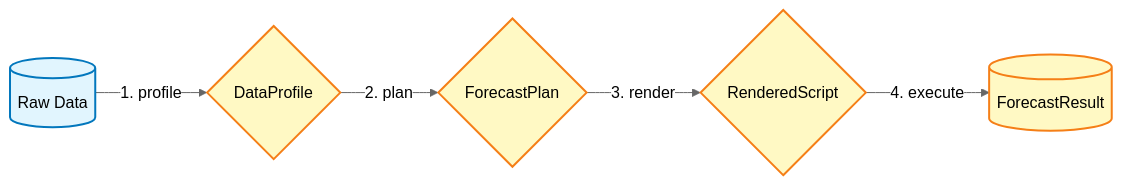
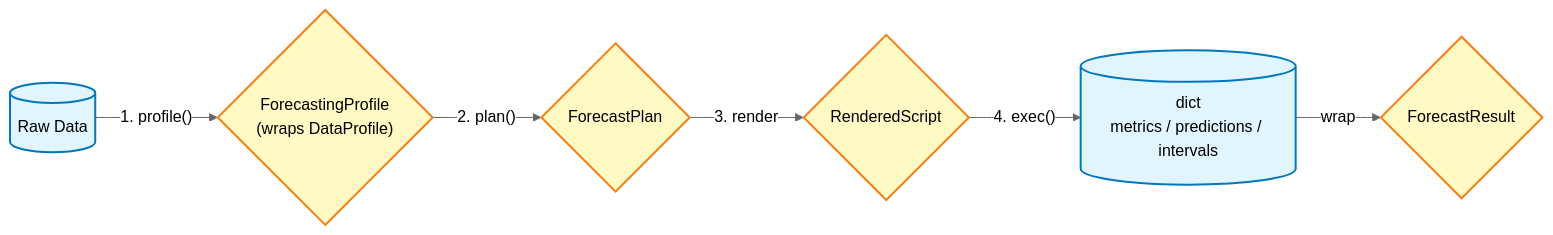
Before and after one commit to skforecast/skforecast-ai: the second of 8 diagrams in docs/user_guides/architecture-and-logic.md, drawn with Mermaid (neutral theme). The commit also changed other lines of this file, not shown here.

````diff
--- a/docs/user_guides/architecture-and-logic.md
+++ b/docs/user_guides/architecture-and-logic.md
@@ -59,11 +66,12 @@
 ```mermaid
 flowchart LR
     %% Styling
     classDef schema fill:#fff9c4,stroke:#f57f17,stroke-width:2px,color:#000
     classDef data fill:#e1f5fe,stroke:#0277bd,stroke-width:2px,color:#000
 
-    A[(Raw Data)]:::data -->|1. profile| B{DataProfile}:::schema
-    B -->|2. plan| C{ForecastPlan}:::schema
-    C -->|3. render| D{RenderedScript}:::schema
-    D -->|4. execute| E[(ForecastResult)]:::schema
+    A[(Raw Data)]:::data -->|"1. profile()"| B{"ForecastingProfile<br/>(wraps DataProfile)"}:::schema
+    B -->|"2. plan()"| C{ForecastPlan}:::schema
+    C -->|"3. render"| D{RenderedScript}:::schema
+    D -->|"4. exec()"| E[("dict<br/>metrics / predictions / intervals")]:::data
+    E -->|"wrap"| F{ForecastResult}:::schema
 ```
````
